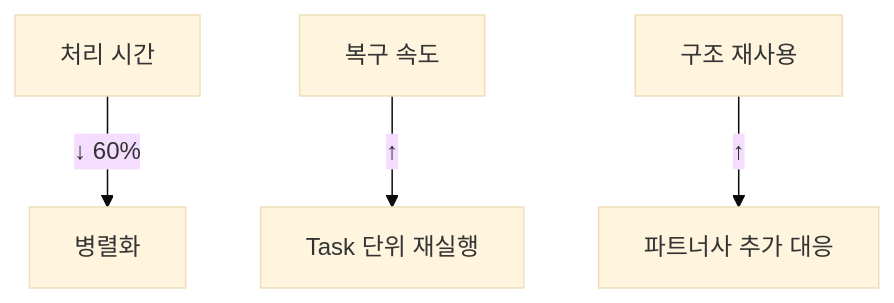
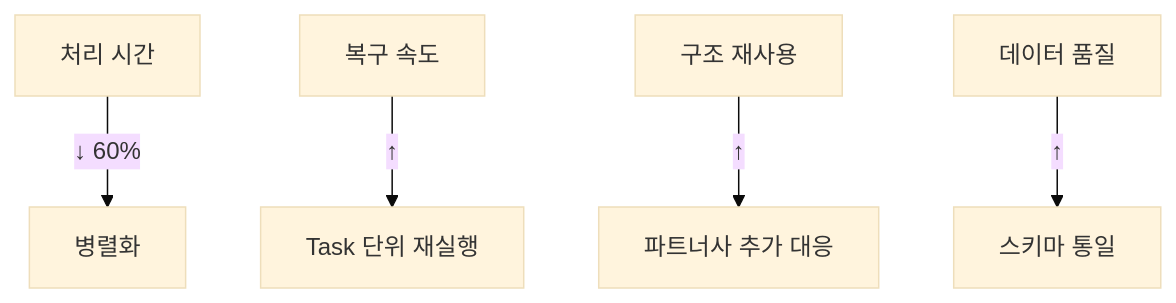
The fifth of 5 diagrams in _posts/2025-03-15-etl-pipeline.md (yeokyeong-yoon/yeokyeong-yoon.github.io), drawn with Mermaid before and after one commit. The commit also changed other lines of this file, not shown here.

````diff
--- a/_posts/2025-03-15-etl-pipeline.md
+++ b/_posts/2025-03-15-etl-pipeline.md
@@ -213,7 +259,8 @@
 ```mermaid
 %%{init: {'theme': 'base', 'themeVariables': { 'fontSize': '16px'}}}%%
 graph TD
     A[처리 시간] -->|↓ 60%| B[병렬화]
     C[복구 속도] -->|↑| D[Task 단위 재실행]
     E[구조 재사용] -->|↑| F[파트너사 추가 대응]
+    G[데이터 품질] -->|↑| H[스키마 통일]
 ```
````
